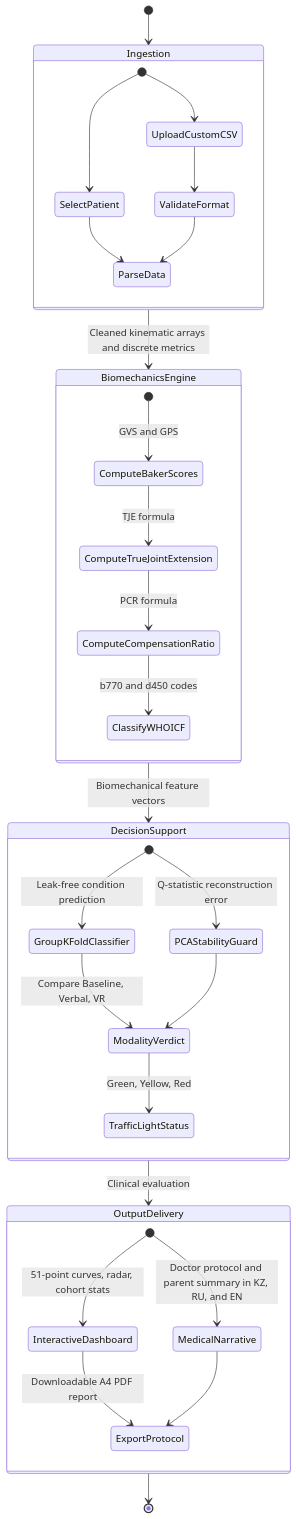
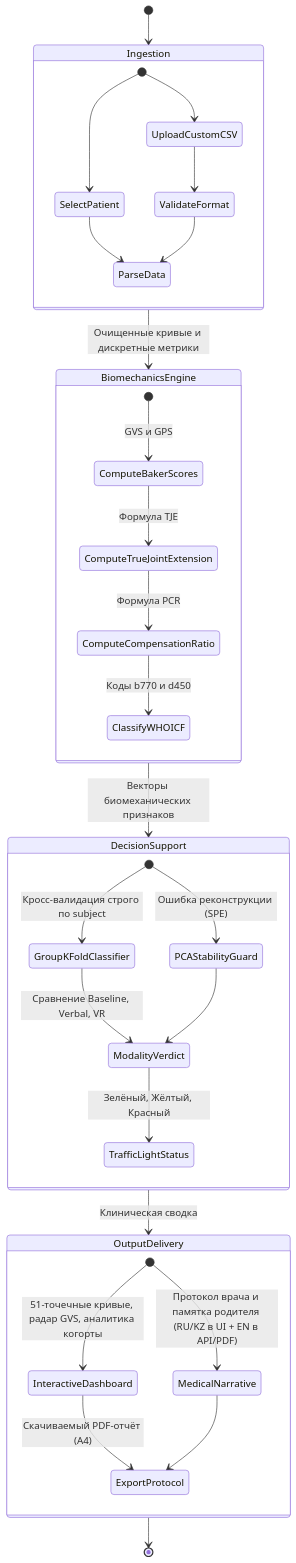
Before and after one commit to Tamukj/Libra: the diagram in README.md, drawn with Mermaid. The commit also changed other lines of this file and 61 other files, not shown here.

Commit message:
fix: harden security, biomechanics, ML, PDF, UI/a11y, infra, and Russian README

````diff
--- a/README.md
+++ b/README.md
@@ -13,42 +13,42 @@
 ```mermaid
 stateDiagram-v2
     [*] --> Ingestion
 
     state Ingestion {
         [*] --> SelectPatient
         [*] --> UploadCustomCSV
         SelectPatient --> ParseData
         UploadCustomCSV --> ValidateFormat
         ValidateFormat --> ParseData
     }
 
-    Ingestion --> BiomechanicsEngine : Cleaned kinematic arrays and discrete metrics
+    Ingestion --> BiomechanicsEngine : Очищенные кривые и дискретные метрики
 
     state BiomechanicsEngine {
-        [*] --> ComputeBakerScores : GVS and GPS
-        ComputeBakerScores --> ComputeTrueJointExtension : TJE formula
-        ComputeTrueJointExtension --> ComputeCompensationRatio : PCR formula
-        ComputeCompensationRatio --> ClassifyWHOICF : b770 and d450 codes
+        [*] --> ComputeBakerScores : GVS и GPS
+        ComputeBakerScores --> ComputeTrueJointExtension : Формула TJE
+        ComputeTrueJointExtension --> ComputeCompensationRatio : Формула PCR
+        ComputeCompensationRatio --> ClassifyWHOICF : Коды b770 и d450
     }
 
-    BiomechanicsEngine --> DecisionSupport : Biomechanical feature vectors
+    BiomechanicsEngine --> DecisionSupport : Векторы биомеханических признаков
 
     state DecisionSupport {
-        [*] --> GroupKFoldClassifier : Leak-free condition prediction
-        [*] --> PCAStabilityGuard : Q-statistic reconstruction error
-        GroupKFoldClassifier --> ModalityVerdict : Compare Baseline, Verbal, VR
+        [*] --> GroupKFoldClassifier : Кросс-валидация строго по subject
+        [*] --> PCAStabilityGuard : Ошибка реконструкции (SPE)
+        GroupKFoldClassifier --> ModalityVerdict : Сравнение Baseline, Verbal, VR
         PCAStabilityGuard --> ModalityVerdict
-        ModalityVerdict --> TrafficLightStatus : Green, Yellow, Red
+        ModalityVerdict --> TrafficLightStatus : Зелёный, Жёлтый, Красный
     }
 
-    DecisionSupport --> OutputDelivery : Clinical evaluation
+    DecisionSupport --> OutputDelivery : Клиническая сводка
 
     state OutputDelivery {
-        [*] --> InteractiveDashboard : 51-point curves, radar, cohort stats
-        [*] --> MedicalNarrative : Doctor protocol and parent summary in KZ, RU, and EN
-        InteractiveDashboard --> ExportProtocol : Downloadable A4 PDF report
+        [*] --> InteractiveDashboard : 51-точечные кривые, радар GVS, аналитика когорты
+        [*] --> MedicalNarrative : Протокол врача и памятка родителя (RU/KZ в UI + EN в API/PDF)
+        InteractiveDashboard --> ExportProtocol : Скачиваемый PDF-отчёт (A4)
         MedicalNarrative --> ExportProtocol
     }
 
     OutputDelivery --> [*]
 ```
````
